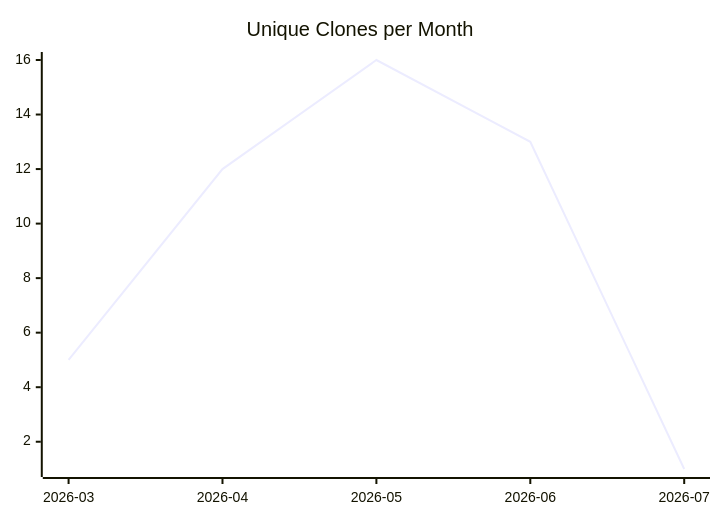
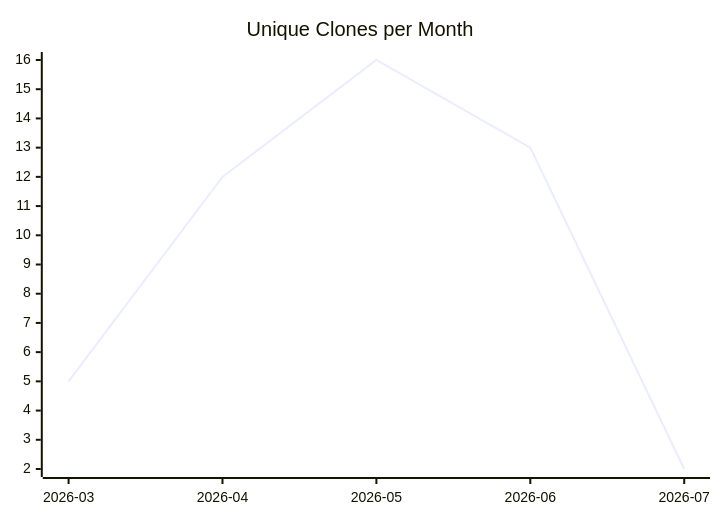
Before and after one commit to justdavis-family/github-analytics-data: the third of 3 diagrams in karlmdavis/justdavis-karl/README.md, drawn with Mermaid. The commit also changed other lines of this file and 184 other files, not shown here.

````diff
--- a/karlmdavis/justdavis-karl/README.md
+++ b/karlmdavis/justdavis-karl/README.md
@@ -19,6 +19,6 @@
 ```mermaid
 xychart-beta
   title "Unique Clones per Month"
   x-axis ["2026-03", "2026-04", "2026-05", "2026-06", "2026-07"]
-  line [5, 12, 16, 13, 1]
+  line [5, 12, 16, 13, 2]
 ```
````
